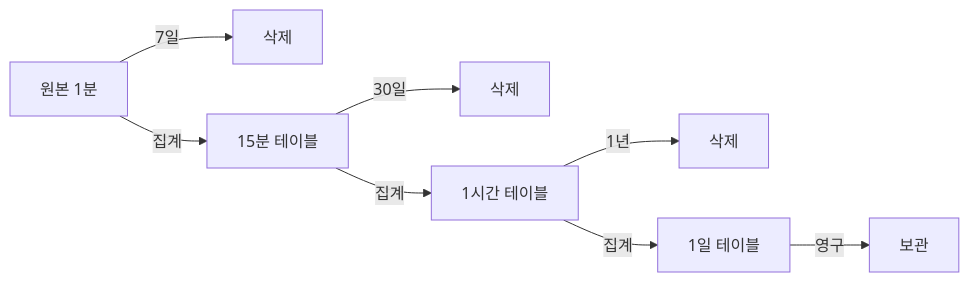
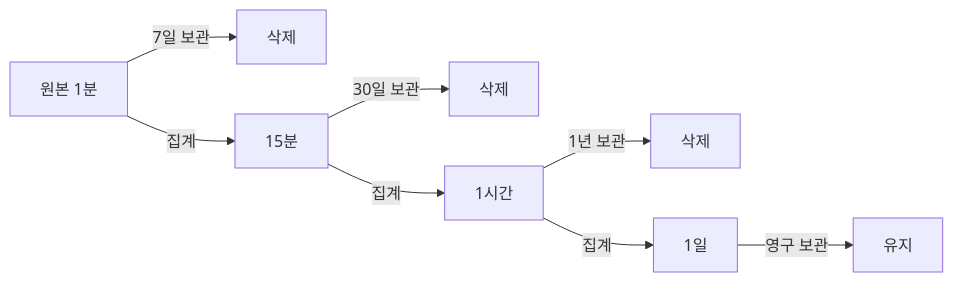
Before and after one commit to Gyeom/dev-notes: the third of 4 diagrams in content/posts/2023-07-20-timeseries-downsampling-strategies.md, drawn with Mermaid. The commit also changed other lines of this file, not shown here.

````diff
--- a/content/posts/2023-07-20-timeseries-downsampling-strategies.md
+++ b/content/posts/2023-07-20-timeseries-downsampling-strategies.md
@@ -290,10 +290,10 @@
 ```mermaid
 flowchart LR
-    A["원본 1분"] -->|7일| B["삭제"]
-    A -->|집계| C["15분 테이블"]
-    C -->|30일| D["삭제"]
-    C -->|집계| E["1시간 테이블"]
-    E -->|1년| F["삭제"]
-    E -->|집계| G["1일 테이블"]
-    G -->|영구| H["보관"]
+    A["원본 1분"] -->|7일 보관| B["삭제"]
+    A -->|집계| C["15분"]
+    C -->|30일 보관| D["삭제"]
+    C -->|집계| E["1시간"]
+    E -->|1년 보관| F["삭제"]
+    E -->|집계| G["1일"]
+    G -->|영구 보관| H["유지"]
 ```
````
